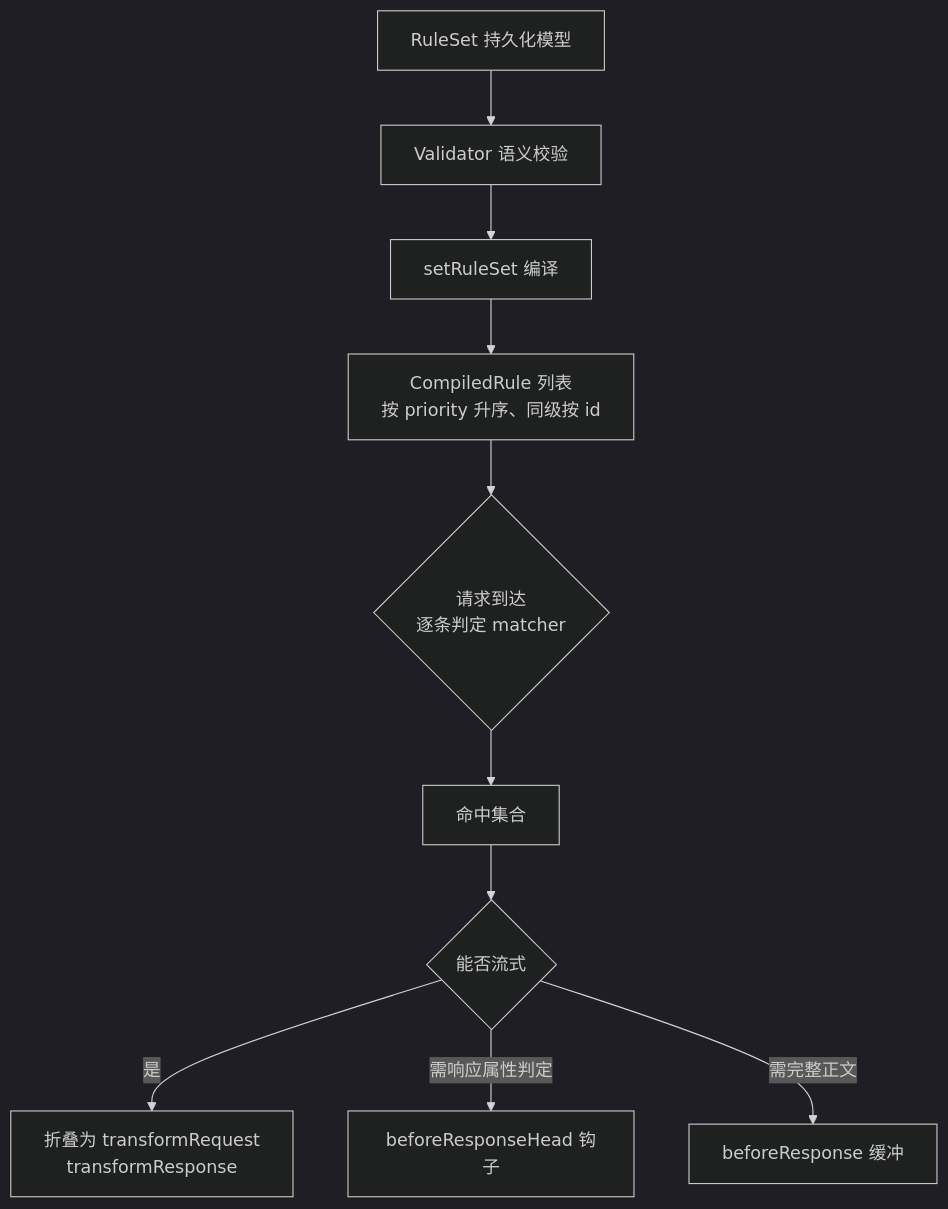
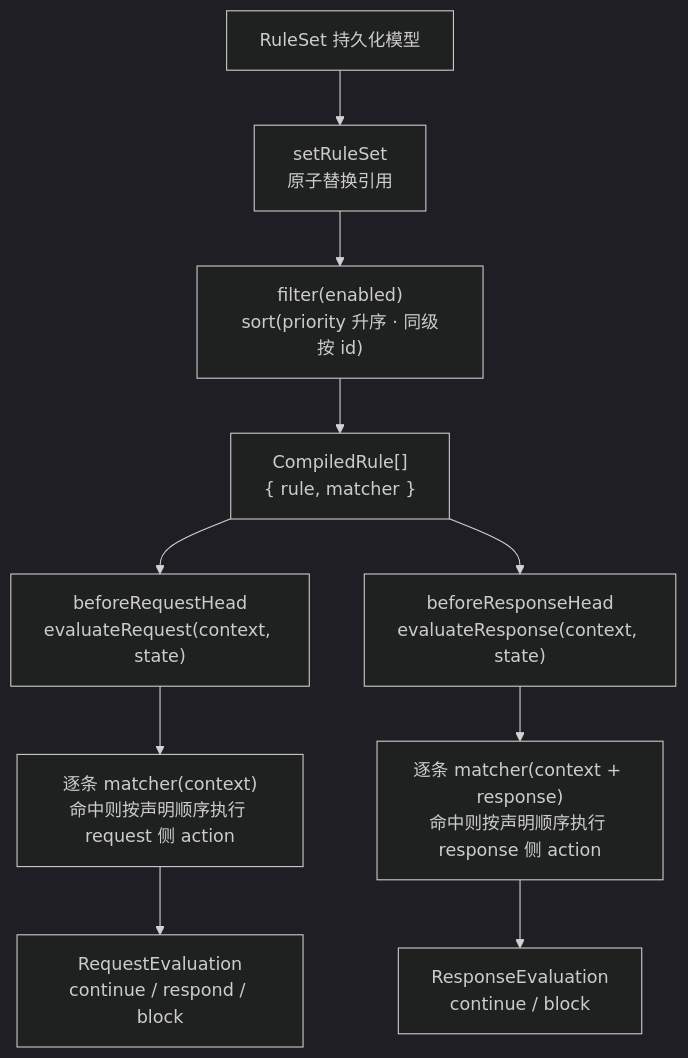
The first of 6 diagrams in architecture/feature-rules.md (zhxmt-xm/Interceptor), drawn with Mermaid (dark theme) before and after one commit. The commit also changed other lines of this file and 12 other files, not shown here.

````diff
--- a/architecture/feature-rules.md
+++ b/architecture/feature-rules.md
@@ -161,12 +168,12 @@
 ```mermaid
 flowchart TD
-    A["RuleSet 持久化模型"] --> B["Validator 语义校验"]
-    B --> C["setRuleSet 编译"]
-    C --> D["CompiledRule 列表<br/>按 priority 升序、同级按 id"]
-    D --> E{"请求到达<br/>逐条判定 matcher"}
-    E --> F["命中集合"]
-    F --> G{"能否流式"}
-    G -->|"是"| H["折叠为 transformRequest<br/>transformResponse"]
-    G -->|"需响应属性判定"| I["beforeResponseHead 钩子"]
-    G -->|"需完整正文"| J["beforeResponse 缓冲"]
+    A["RuleSet 持久化模型"] --> B["setRuleSet<br/>原子替换引用"]
+    B --> C["filter(enabled)<br/>sort(priority 升序 · 同级按 id)"]
+    C --> D["CompiledRule[]<br/>{ rule, matcher }"]
+    D --> E["beforeRequestHead<br/>evaluateRequest(context, state)"]
+    D --> F["beforeResponseHead<br/>evaluateResponse(context, state)"]
+    E --> G["逐条 matcher(context)<br/>命中则按声明顺序执行 request 侧 action"]
+    F --> H["逐条 matcher(context + response)<br/>命中则按声明顺序执行 response 侧 action"]
+    G --> I["RequestEvaluation<br/>continue / respond / block"]
+    H --> J["ResponseEvaluation<br/>continue / block"]
 ```
````
